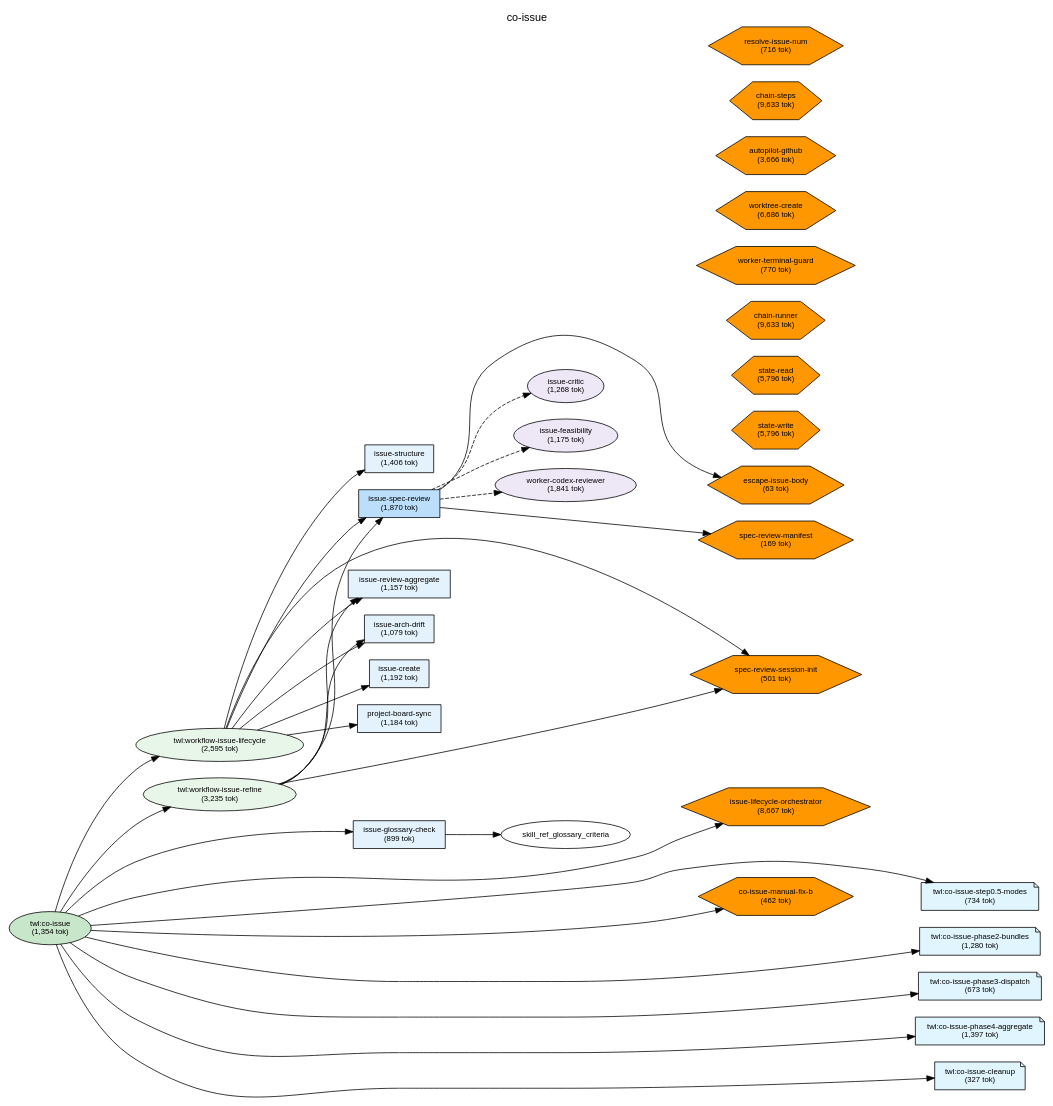
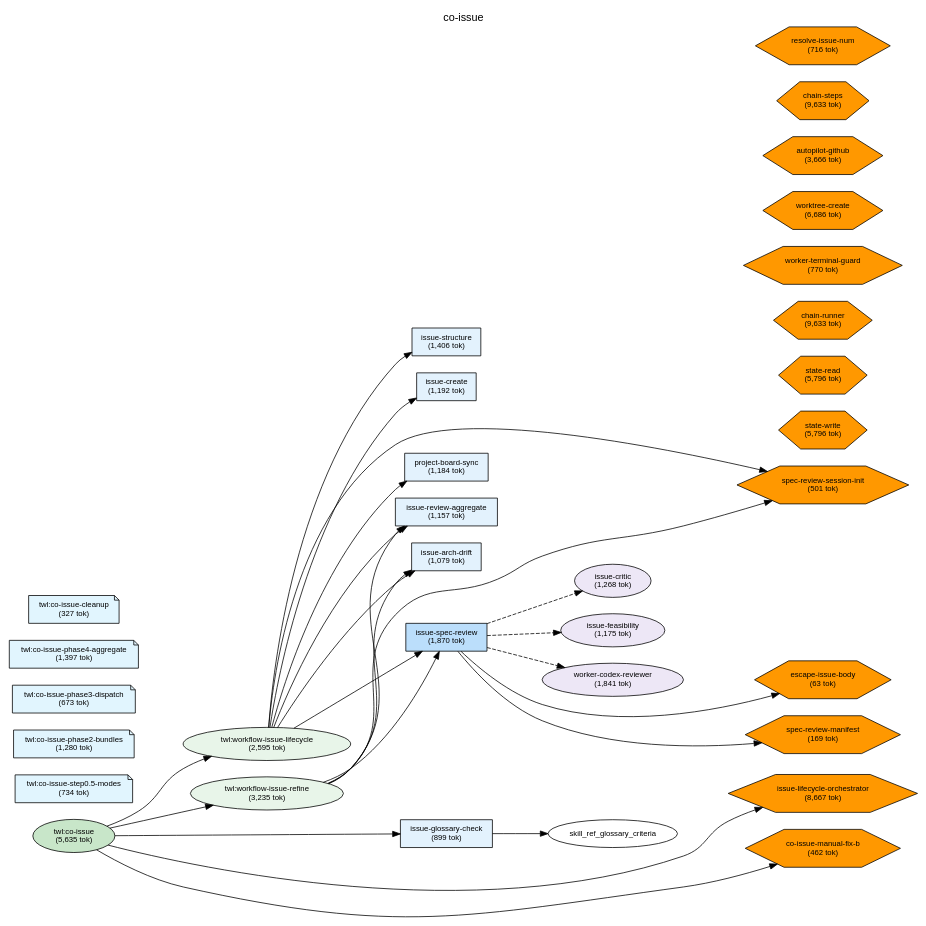
One commit to shuu5/twill changed the diagram in plugins/twl/docs/deps-co-issue.dot. Above: the diagram before and after it, drawn with Graphviz. The commit also changed 12 other files, not shown here.

First line of the commit message:
feat(#984): su-observer SKILL.md split — refs/ 4 件追加で token_bloat 解消 (6542 → 1959 tok)

```diff
--- a/plugins/twl/docs/deps-co-issue.dot
+++ b/plugins/twl/docs/deps-co-issue.dot
@@ -1,127 +1,117 @@
 digraph Dependencies {
     // Graph settings
     rankdir=LR;
     ranksep=0.8;
     nodesep=0.3;
     fontname="Helvetica";
     node [fontname="Helvetica", fontsize=10];
     edge [fontname="Helvetica", fontsize=9];
     label="co-issue";
     labelloc=t;
     fontsize=14;
 
     // L0: Controller Skills
-    skill_co_issue [label="twl:co-issue\n(1,354 tok)", shape=ellipse, style=filled, fillcolor="#c8e6c9"];
+    skill_co_issue [label="twl:co-issue\n(5,635 tok)", shape=ellipse, style=filled, fillcolor="#c8e6c9"];
 
     // L0: Launchers
 
     // L0.5: Workflow Skills
     skill_workflow_issue_lifecycle [label="twl:workflow-issue-lifecycle\n(2,595 tok)", shape=ellipse, style=filled, fillcolor="#e8f5e9"];
     skill_workflow_issue_refine [label="twl:workflow-issue-refine\n(3,235 tok)", shape=ellipse, style=filled, fillcolor="#e8f5e9"];
 
     // Reference Skills
     skill_co_issue_step0_5_modes [label="twl:co-issue-step0.5-modes\n(734 tok)", shape=note, style=filled, fillcolor="#e1f5fe"];
     skill_co_issue_phase2_bundles [label="twl:co-issue-phase2-bundles\n(1,280 tok)", shape=note, style=filled, fillcolor="#e1f5fe"];
     skill_co_issue_phase3_dispatch [label="twl:co-issue-phase3-dispatch\n(673 tok)", shape=note, style=filled, fillcolor="#e1f5fe"];
     skill_co_issue_phase4_aggregate [label="twl:co-issue-phase4-aggregate\n(1,397 tok)", shape=note, style=filled, fillcolor="#e1f5fe"];
     skill_co_issue_cleanup [label="twl:co-issue-cleanup\n(327 tok)", shape=note, style=filled, fillcolor="#e1f5fe"];
 
     // L1: Direct Commands
     cmd_issue_structure [label="issue-structure\n(1,406 tok)", shape=box, style=filled, fillcolor="#e3f2fd"];
     cmd_issue_create [label="issue-create\n(1,192 tok)", shape=box, style=filled, fillcolor="#e3f2fd"];
     cmd_issue_spec_review [label="issue-spec-review\n(1,870 tok)", shape=box, style=filled, fillcolor="#bbdefb"];
     cmd_issue_review_aggregate [label="issue-review-aggregate\n(1,157 tok)", shape=box, style=filled, fillcolor="#e3f2fd"];
     cmd_issue_glossary_check [label="issue-glossary-check\n(899 tok)", shape=box, style=filled, fillcolor="#e3f2fd"];
     cmd_issue_arch_drift [label="issue-arch-drift\n(1,079 tok)", shape=box, style=filled, fillcolor="#e3f2fd"];
     cmd_project_board_sync [label="project-board-sync\n(1,184 tok)", shape=box, style=filled, fillcolor="#e3f2fd"];
 
     // L2: Sub Commands
 
     // L3: Agents
     agent_issue_critic [label="issue-critic\n(1,268 tok)", shape=ellipse, style=filled, fillcolor="#ede7f6"];
     agent_issue_feasibility [label="issue-feasibility\n(1,175 tok)", shape=ellipse, style=filled, fillcolor="#ede7f6"];
     agent_worker_codex_reviewer [label="worker-codex-reviewer\n(1,841 tok)", shape=ellipse, style=filled, fillcolor="#ede7f6"];
 
     // L3.5: Scripts
     script_state_read [label="state-read\n(5,796 tok)", shape=hexagon, style=filled, fillcolor="#FF9800"];
     script_state_write [label="state-write\n(5,796 tok)", shape=hexagon, style=filled, fillcolor="#FF9800"];
     script_chain_runner [label="chain-runner\n(9,633 tok)", shape=hexagon, style=filled, fillcolor="#FF9800"];
     script_worker_terminal_guard [label="worker-terminal-guard\n(770 tok)", shape=hexagon, style=filled, fillcolor="#FF9800"];
     script_worktree_create [label="worktree-create\n(6,686 tok)", shape=hexagon, style=filled, fillcolor="#FF9800"];
     script_autopilot_github [label="autopilot-github\n(3,666 tok)", shape=hexagon, style=filled, fillcolor="#FF9800"];
     script_chain_steps [label="chain-steps\n(9,633 tok)", shape=hexagon, style=filled, fillcolor="#FF9800"];
     script_resolve_issue_num [label="resolve-issue-num\n(716 tok)", shape=hexagon, style=filled, fillcolor="#FF9800"];
     script_escape_issue_body [label="escape-issue-body\n(63 tok)", shape=hexagon, style=filled, fillcolor="#FF9800"];
     script_spec_review_manifest [label="spec-review-manifest\n(169 tok)", shape=hexagon, style=filled, fillcolor="#FF9800"];
     script_spec_review_session_init [label="spec-review-session-init\n(501 tok)", shape=hexagon, style=filled, fillcolor="#FF9800"];
     script_issue_lifecycle_orchestrator [label="issue-lifecycle-orchestrator\n(8,667 tok)", shape=hexagon, style=filled, fillcolor="#FF9800"];
     script_co_issue_manual_fix_b [label="co-issue-manual-fix-b\n(462 tok)", shape=hexagon, style=filled, fillcolor="#FF9800"];
 
     // L4: External
 
     // Layer constraints
     { rank=same; skill_co_issue; }
     { rank=same; skill_workflow_issue_lifecycle; skill_workflow_issue_refine; }
     { rank=same; skill_co_issue_step0_5_modes; skill_co_issue_phase2_bundles; skill_co_issue_phase3_dispatch; skill_co_issue_phase4_aggregate; skill_co_issue_cleanup; }
     { rank=same; cmd_issue_structure; cmd_issue_create; cmd_issue_spec_review; cmd_issue_review_aggregate; cmd_issue_glossary_check; cmd_issue_arch_drift; cmd_project_board_sync; }
     { rank=same; agent_issue_critic; agent_issue_feasibility; agent_worker_codex_reviewer; }
     { rank=same; script_state_read; script_state_write; script_chain_runner; script_worker_terminal_guard; script_worktree_create; script_autopilot_github; script_chain_steps; script_resolve_issue_num; script_escape_issue_body; script_spec_review_manifest; script_spec_review_session_init; script_issue_lifecycle_orchestrator; script_co_issue_manual_fix_b; }
 
     // Edges
     skill_co_issue -> cmd_issue_glossary_check;
     skill_co_issue -> skill_workflow_issue_lifecycle;
     skill_co_issue -> skill_workflow_issue_refine;
     skill_co_issue -> script_issue_lifecycle_orchestrator;
     skill_co_issue -> script_co_issue_manual_fix_b;
-    skill_co_issue -> skill_co_issue_step0_5_modes;
-    skill_co_issue -> skill_co_issue_phase2_bundles;
-    skill_co_issue -> skill_co_issue_phase3_dispatch;
-    skill_co_issue -> skill_co_issue_phase4_aggregate;
-    skill_co_issue -> skill_co_issue_cleanup;
     skill_workflow_issue_lifecycle -> cmd_issue_structure;
     skill_workflow_issue_lifecycle -> cmd_issue_spec_review;
     skill_workflow_issue_lifecycle -> cmd_issue_review_aggregate;
     skill_workflow_issue_lifecycle -> cmd_issue_arch_drift;
     skill_workflow_issue_lifecycle -> cmd_issue_create;
     skill_workflow_issue_lifecycle -> cmd_project_board_sync;
     skill_workflow_issue_lifecycle -> script_spec_review_session_init;
     skill_workflow_issue_refine -> cmd_issue_spec_review;
     skill_workflow_issue_refine -> cmd_issue_review_aggregate;
     skill_workflow_issue_refine -> cmd_issue_arch_drift;
     skill_workflow_issue_refine -> script_spec_review_session_init;
     cmd_issue_spec_review -> agent_issue_critic [style=dashed];
     cmd_issue_spec_review -> agent_issue_feasibility [style=dashed];
     cmd_issue_spec_review -> agent_worker_codex_reviewer [style=dashed];
     cmd_issue_spec_review -> script_escape_issue_body;
     cmd_issue_spec_review -> script_spec_review_manifest;
     cmd_issue_glossary_check -> skill_ref_glossary_criteria;
 
     // Ordering constraints (invisible edges)
     cmd_issue_glossary_check -> skill_workflow_issue_lifecycle [style=invis, weight=10];
     skill_workflow_issue_lifecycle -> skill_workflow_issue_refine [style=invis, weight=10];
     skill_workflow_issue_refine -> script_issue_lifecycle_orchestrator [style=invis, weight=10];
     script_issue_lifecycle_orchestrator -> script_co_issue_manual_fix_b [style=invis, weight=10];
-    script_co_issue_manual_fix_b -> skill_co_issue_step0_5_modes [style=invis, weight=10];
-    skill_co_issue_step0_5_modes -> skill_co_issue_phase2_bundles [style=invis, weight=10];
-    skill_co_issue_phase2_bundles -> skill_co_issue_phase3_dispatch [style=invis, weight=10];
-    skill_co_issue_phase3_dispatch -> skill_co_issue_phase4_aggregate [style=invis, weight=10];
-    skill_co_issue_phase4_aggregate -> skill_co_issue_cleanup [style=invis, weight=10];
     cmd_issue_structure -> cmd_issue_spec_review [style=invis, weight=10];
     cmd_issue_spec_review -> cmd_issue_review_aggregate [style=invis, weight=10];
     cmd_issue_review_aggregate -> cmd_issue_arch_drift [style=invis, weight=10];
     cmd_issue_arch_drift -> cmd_issue_create [style=invis, weight=10];
     cmd_issue_create -> cmd_project_board_sync [style=invis, weight=10];
     cmd_project_board_sync -> script_spec_review_session_init [style=invis, weight=10];
     cmd_issue_spec_review -> cmd_issue_review_aggregate [style=invis, weight=10];
     cmd_issue_review_aggregate -> cmd_issue_arch_drift [style=invis, weight=10];
     cmd_issue_arch_drift -> script_spec_review_session_init [style=invis, weight=10];
     agent_issue_critic -> agent_issue_feasibility [style=invis, weight=10];
     agent_issue_feasibility -> agent_worker_codex_reviewer [style=invis, weight=10];
     agent_worker_codex_reviewer -> script_escape_issue_body [style=invis, weight=10];
     script_escape_issue_body -> script_spec_review_manifest [style=invis, weight=10];
     script_state_read -> script_state_write [style=invis, weight=10];
     script_state_read -> script_state_write [style=invis, weight=10];
     script_state_read -> script_state_write [style=invis, weight=10];
     script_state_read -> script_state_write [style=invis, weight=10];
 
 }
```
